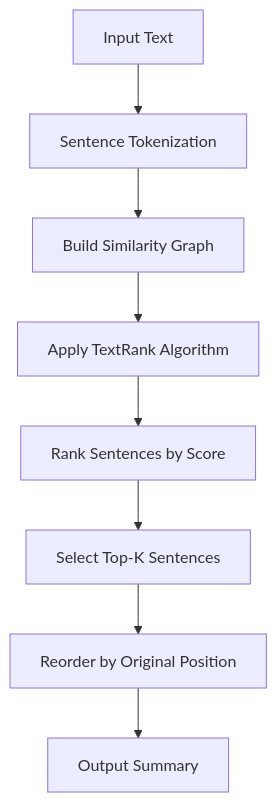
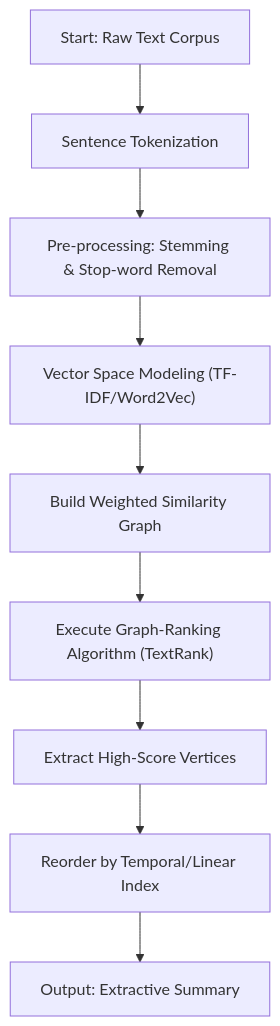
One commit to Amey-Thakur/PYTHON-SHORTS changed the first of 2 diagrams in Source Code/Text Summarizer/README.md. Above: the diagram before and after it, drawn with Mermaid. The commit also changed other lines of this file, not shown here.

Commit message:
Python Shorts

````diff
--- a/Source Code/Text Summarizer/README.md
+++ b/Source Code/Text Summarizer/README.md
@@ -54,10 +57,11 @@
 ```mermaid
-graph TD
-    A[Input Text] --> B[Sentence Tokenization]
-    B --> C[Build Similarity Graph]
-    C --> D[Apply TextRank Algorithm]
-    D --> E[Rank Sentences by Score]
-    E --> F[Select Top-K Sentences]
-    F --> G[Reorder by Original Position]
-    G --> H[Output Summary]
+flowchart TD
+    A["Start: Raw Text Corpus"] --> B["Sentence Tokenization"]
+    B --> C["Pre-processing: Stemming & Stop-word Removal"]
+    C --> D["Vector Space Modeling (TF-IDF/Word2Vec)"]
+    D --> E["Build Weighted Similarity Graph"]
+    E --> F["Execute Graph-Ranking Algorithm (TextRank)"]
+    F --> G["Extract High-Score Vertices"]
+    G --> H["Reorder by Temporal/Linear Index"]
+    H --> I["Output: Extractive Summary"]
 ```
````
